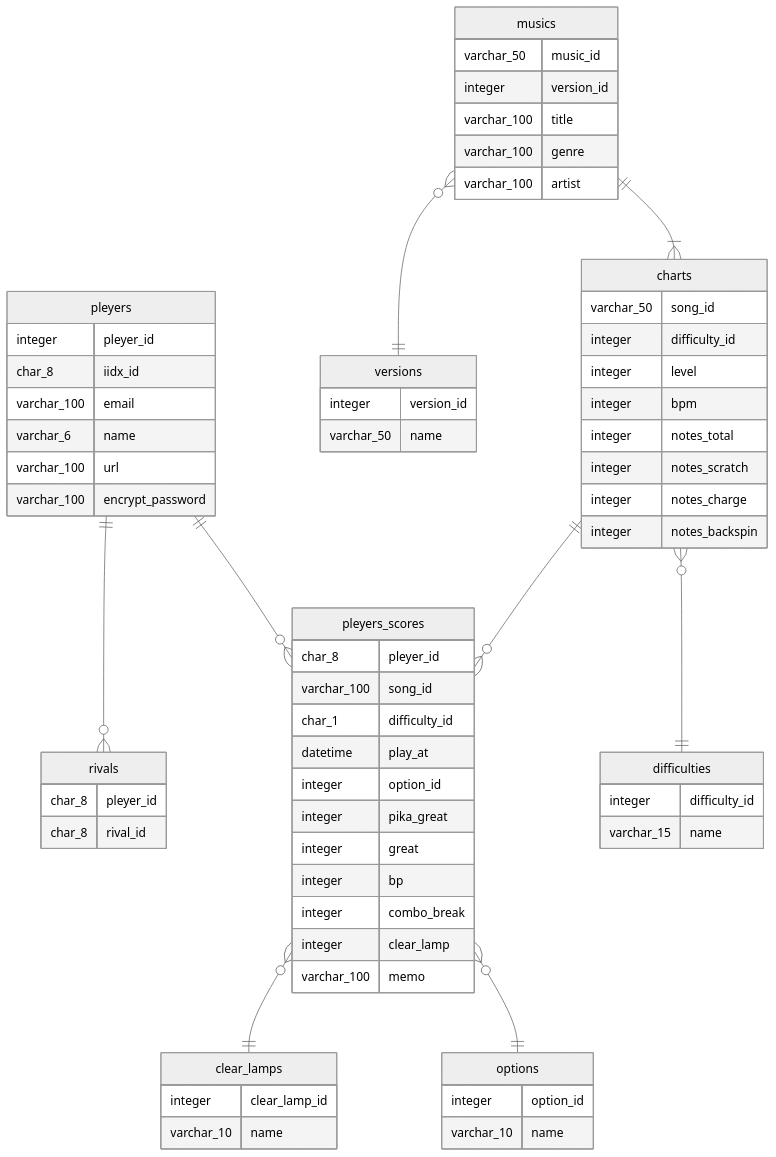
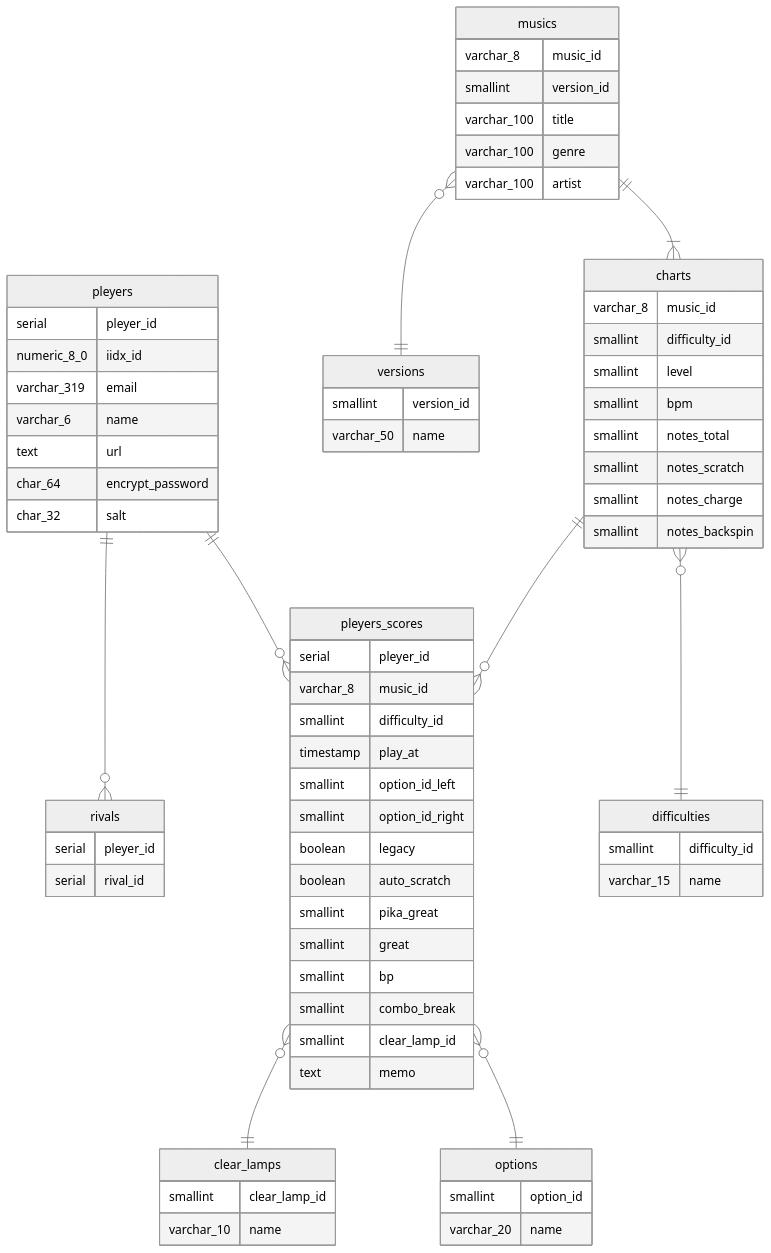
Before and after one commit to tn369/dbr-manager: the diagram in ER_Diagram.md, drawn with Mermaid (neutral theme).

Commit message:
change レビューの修正

```diff
--- a/ER_Diagram.md
+++ b/ER_Diagram.md
@@ -14,69 +14,73 @@
 charts ||--o{ pleyers_scores:""
 
 pleyers{
-    integer pleyer_id
-    char_8 iidx_id
-    varchar_100 email
+    serial pleyer_id 
+    numeric_8_0 iidx_id
+    varchar_319 email
     varchar_6 name
-    varchar_100 url
-    varchar_100 encrypt_password 
+    text url
+    char_64 encrypt_password 
+    char_32 salt 
 }
 
 rivals {
-    char_8 pleyer_id
-    char_8 rival_id
+    serial pleyer_id
+    serial rival_id
 }
 
 pleyers_scores {
-    char_8 pleyer_id
-    varchar_100 song_id
-    char_1 difficulty_id
-    datetime play_at
-    integer option_id
-    integer pika_great
-    integer great
-    integer bp
-    integer combo_break
-    integer clear_lamp
-    varchar_100 memo
+    serial pleyer_id
+    varchar_8 music_id
+    smallint difficulty_id
+    timestamp play_at
+    smallint option_id_left
+    smallint option_id_right
+    boolean legacy
+    boolean auto_scratch
+    smallint pika_great
+    smallint great
+    smallint bp
+    smallint combo_break
+    smallint clear_lamp_id
+    text memo
 }
 
 clear_lamps {
-    integer clear_lamp_id
+    smallint clear_lamp_id
     varchar_10 name
 }
 
 options {
-    integer option_id
-    varchar_10 name
+    smallint option_id
+    varchar_20 name
 }
 
 musics {
-    varchar_50 music_id 
-    integer version_id
+    varchar_8 music_id 
+    smallint version_id
     varchar_100 title
     varchar_100 genre
     varchar_100 artist
 }
 
 versions {
-    integer version_id
+    smallint version_id
     varchar_50 name
 }
 
 charts {
-    varchar_50 song_id
-    integer difficulty_id
-    integer level
-    integer bpm
-    integer notes_total
-    integer notes_scratch 
-    integer notes_charge
-    integer notes_backspin
+    varchar_8 music_id
+    smallint difficulty_id
+    smallint level
+    smallint bpm
+    smallint notes_total
+    smallint notes_scratch 
+    smallint notes_charge
+    smallint notes_backspin
 }
 
 difficulties {
-    integer difficulty_id 
+    smallint difficulty_id 
     varchar_15 name
 }
 
```
